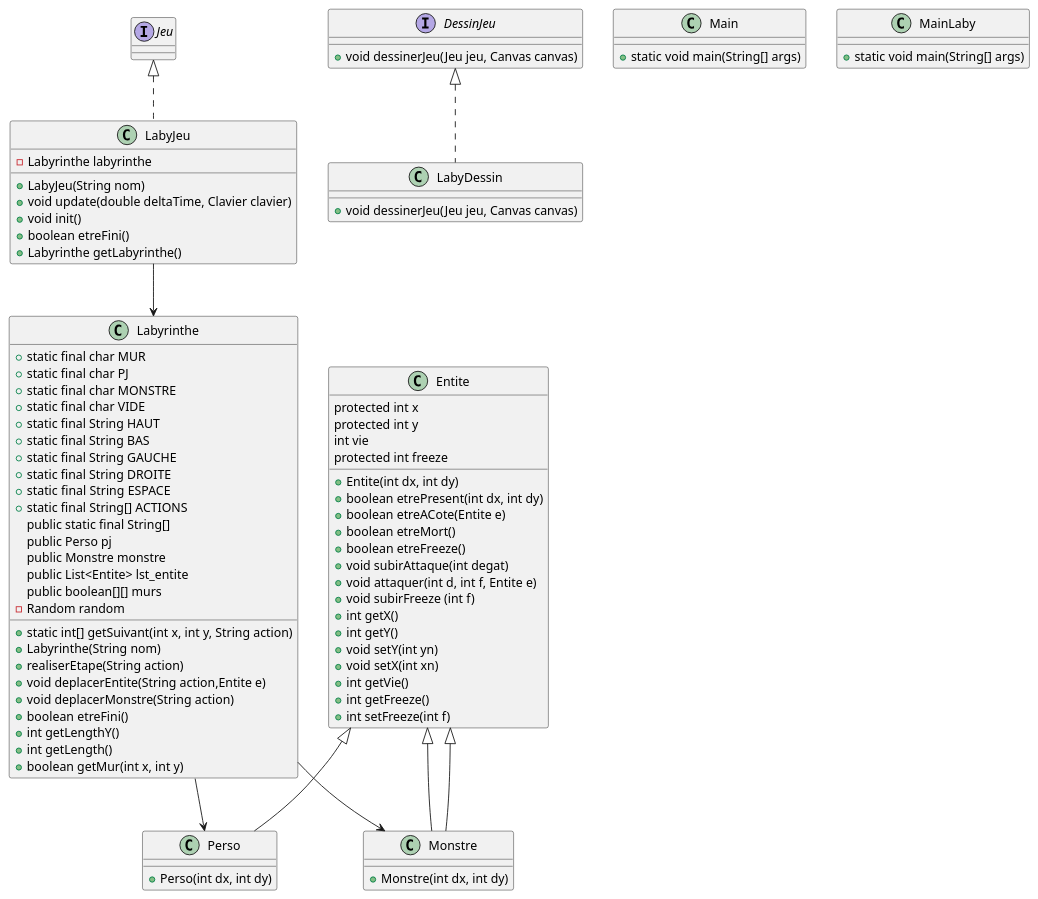
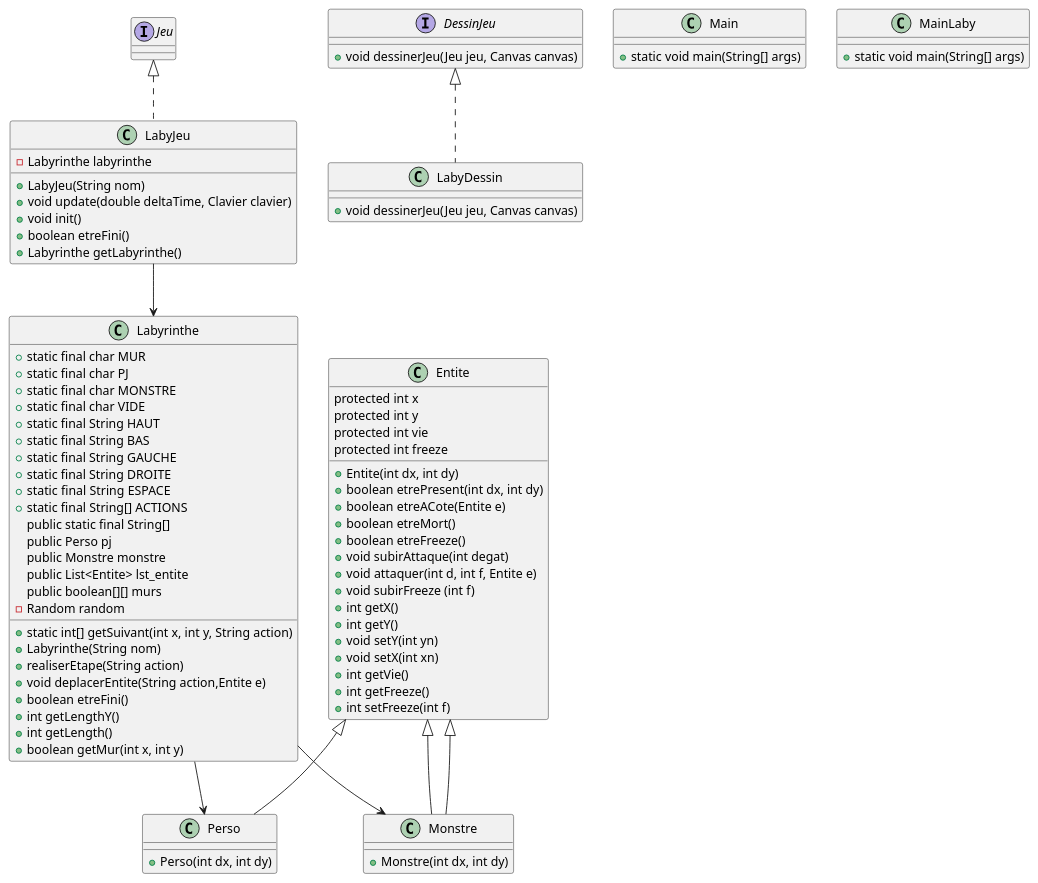
One commit to Maev975/Jeu_Zeldiablo changed the diagram in zeldiablo/src/gameLaby/laby/Diagramme.puml. Above: the diagram before and after it, drawn with PlantUML. The commit also changed 1 other file, not shown here.

```diff
--- a/zeldiablo/src/gameLaby/laby/Diagramme.puml
+++ b/zeldiablo/src/gameLaby/laby/Diagramme.puml
@@ -1,143 +1,142 @@
 @startuml
 
 class Entite {
     protected int x
     protected int y
-    int vie
+    protected int vie
     protected int freeze
     + Entite(int dx, int dy)
     + boolean etrePresent(int dx, int dy)
     + boolean etreACote(Entite e)
     + boolean etreMort()
     + boolean etreFreeze()
     + void subirAttaque(int degat)
     + void attaquer(int d, int f, Entite e)
     + void subirFreeze (int f)
     + int getX()
     + int getY()
     + void setY(int yn)
     + void setX(int xn)
     + int getVie()
     + int getFreeze()
     + int setFreeze(int f)
 }
 
 class LabyDessin implements DessinJeu {
     + void dessinerJeu(Jeu jeu, Canvas canvas)
 }
 
 class LabyJeu implements Jeu {
     - Labyrinthe labyrinthe
     + LabyJeu(String nom)
     + void update(double deltaTime, Clavier clavier)
     + void init()
     + boolean etreFini()
     + Labyrinthe getLabyrinthe()
 }
 
 class Main {
     + static void main(String[] args)
 }
 
 class Labyrinthe {
     + static final char MUR
     + static final char PJ
     + static final char MONSTRE
     + static final char VIDE
     + static final String HAUT
     + static final String BAS
     + static final String GAUCHE
     + static final String DROITE
     + static final String ESPACE
     + static final String[] ACTIONS
     public static final String[]
     public Perso pj
     public Monstre monstre
     public List<Entite> lst_entite
     public boolean[][] murs
     - Random random
     + static int[] getSuivant(int x, int y, String action)
     + Labyrinthe(String nom)
     + realiserEtape(String action)
     + void deplacerEntite(String action,Entite e)
-    + void deplacerMonstre(String action)
     + boolean etreFini()
     + int getLengthY()
     + int getLength()
     + boolean getMur(int x, int y)
 }
 
 class MainLaby {
     + static void main(String[] args)
 }
 
 class Monstre extends Entite {
     + Monstre(int dx, int dy)
 }
 
 class Perso {
     + Perso(int dx, int dy)
 }
 
 'class Clavier {
 '    public boolean haut
 '    public boolean bas
 '    public boolean gauche
 '    public boolean droite
 '    public boolean espace
 '    + void appuyerTouche(KeyEvent event)
 '    + void relacherTouche(KeyEvent event)
 '}
 
 interface DessinJeu {
     + void dessinerJeu(Jeu jeu, Canvas canvas)
 }
 
 'class FrameStats {
 '    private long frameCount
 '    private double meanFrameInterval
 '    private final ReadOnlyStringWrapper text
 '    + long getFrameCount()
 '    + double getMeanFrameInterval()
 '    + void addFrame(long frameDurationNanos)
 '    + String getText()
 '    + ReadOnlyStringProperty textProperty()
 '    + String toString()
 '}
 
 'interface Jeu {
 '    + void update(double secondes, Clavier clavier)
 '    + void init()
 '    + boolean etreFini()
 '}
 
 'class MoteurJeu {
 '    private static double FPS
 '    private static double dureeFPS
 '    private static double WIDTH
 '    private static double HEIGHT
 '    private final FrameStats frameStats
 '    private static Jeu jeu
 '    private static DessinJeu dessin
 '    Clavier controle
 '    + static void launch(Jeu jeu, DessinJeu dessin)
 '    + static void setFPS(int FPSSouhaitees)
 '    + static void setTaille(double width, double height)
 '    + void start(Stage primaryStage)
 '    - void startAnimation(Canvas canvas)
 '}
 
 Entite <|-- Monstre
 Entite <|- Perso
 LabyJeu --> Labyrinthe
 Labyrinthe --> Perso
 Labyrinthe --> Monstre
 'DessinJeu <|.. LabyDessin
 'Jeu <|.. LabyJeu
 'LabyJeu --> Clavier
 'MoteurJeu --> FrameStats
 'MoteurJeu --> Clavier
 'MoteurJeu --> Jeu
 'MoteurJeu --> DessinJeu
 
 @enduml
```
